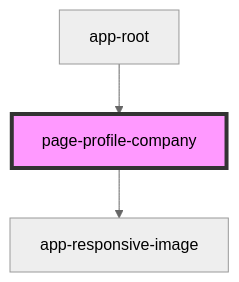
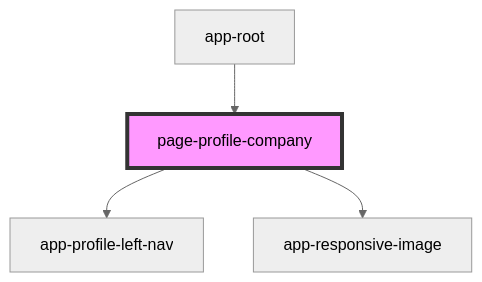
The diagram in iconeventnetwork-web/src/components/pages/page-profile-company/readme.md (lokheed/IconEventNetwork.Web), drawn with Mermaid (neutral theme) before and after one commit. The commit also changed other lines of this file and 10 other files, not shown here.

````diff
--- a/iconeventnetwork-web/src/components/pages/page-profile-company/readme.md
+++ b/iconeventnetwork-web/src/components/pages/page-profile-company/readme.md
@@ -26,6 +27,7 @@
 ```mermaid
 graph TD;
+  page-profile-company --> app-profile-left-nav
   page-profile-company --> app-responsive-image
   app-root --> page-profile-company
   style page-profile-company fill:#f9f,stroke:#333,stroke-width:4px
 ```
````
